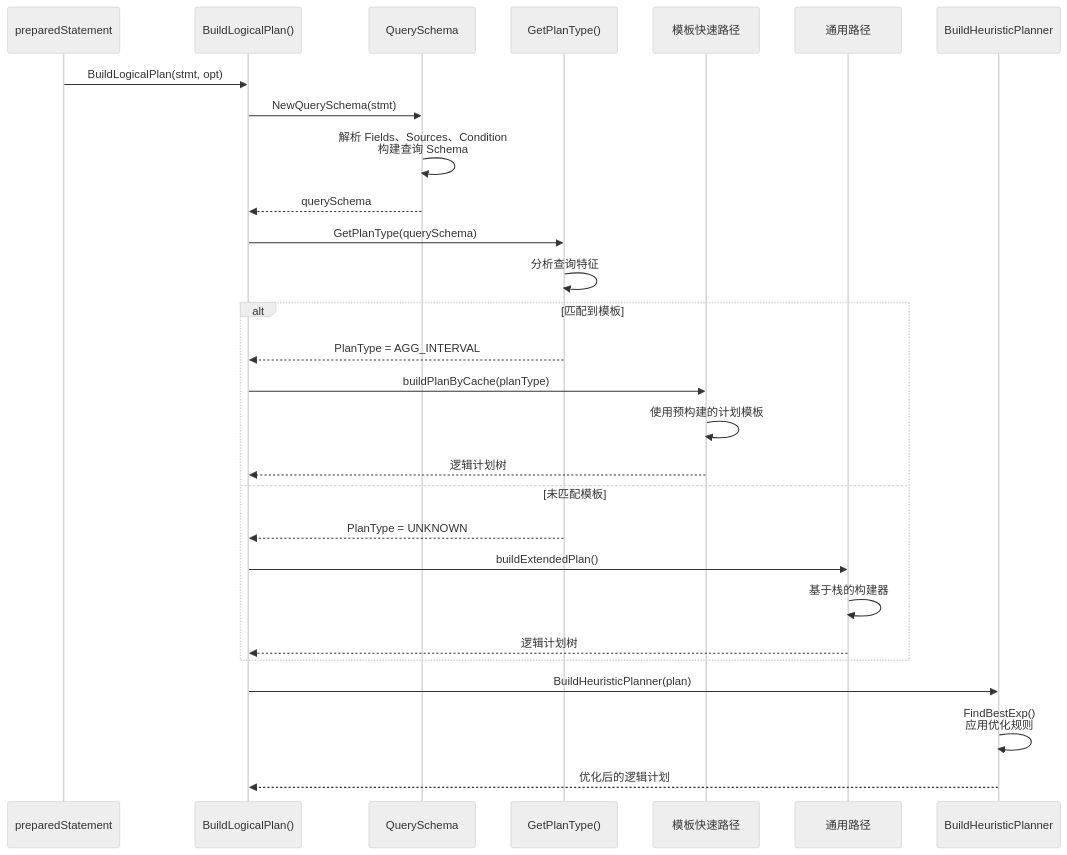
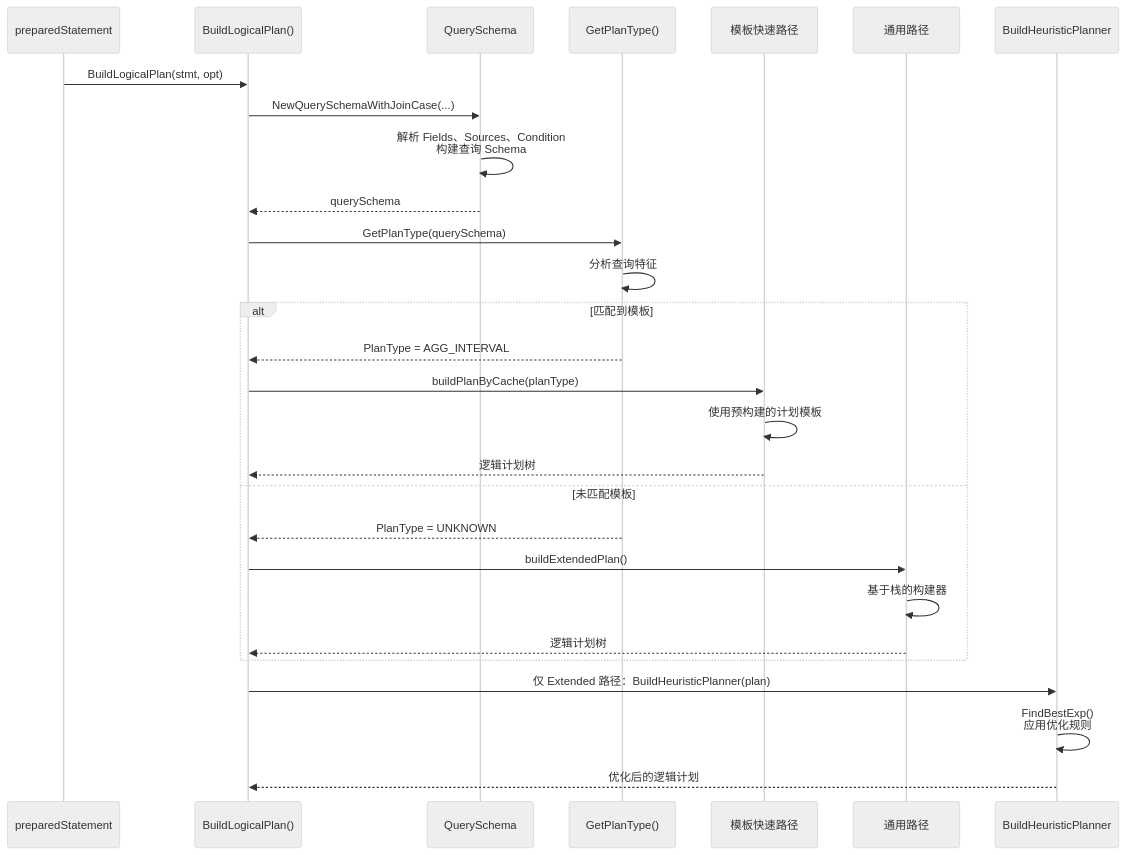
Before and after one commit to stefanv5/openGemini: the fifth of 33 diagrams in docs/specs/03_query_engine_spec.md, drawn with Mermaid (neutral theme). The commit also changed other lines of this file and 37 other files, not shown here.

````diff
--- a/docs/specs/03_query_engine_spec.md
+++ b/docs/specs/03_query_engine_spec.md
@@ -268,35 +270,35 @@
 ```mermaid
 sequenceDiagram
     participant Select as preparedStatement
     participant Build as BuildLogicalPlan()
     participant Schema as QuerySchema
     participant Type as GetPlanType()
     participant Cache as 模板快速路径
     participant Extended as 通用路径
     participant Planner as BuildHeuristicPlanner
 
     Select->>Build: BuildLogicalPlan(stmt, opt)
 
-    Build->>Schema: NewQuerySchema(stmt)
+    Build->>Schema: NewQuerySchemaWithJoinCase(...)
     Schema->>Schema: 解析 Fields、Sources、Condition<br/>构建查询 Schema
     Schema-->>Build: querySchema
 
     Build->>Type: GetPlanType(querySchema)
     Type->>Type: 分析查询特征
 
     alt 匹配到模板
         Type-->>Build: PlanType = AGG_INTERVAL
         Build->>Cache: buildPlanByCache(planType)
         Cache->>Cache: 使用预构建的计划模板
         Cache-->>Build: 逻辑计划树
     else 未匹配模板
         Type-->>Build: PlanType = UNKNOWN
         Build->>Extended: buildExtendedPlan()
         Extended->>Extended: 基于栈的构建器
         Extended-->>Build: 逻辑计划树
     end
 
-    Build->>Planner: BuildHeuristicPlanner(plan)
+    Build->>Planner: 仅 Extended 路径：BuildHeuristicPlanner(plan)
     Planner->>Planner: FindBestExp()<br/>应用优化规则
     Planner-->>Build: 优化后的逻辑计划
 ```
````
